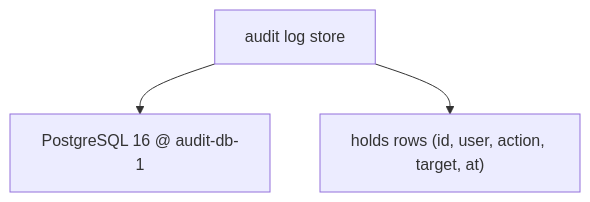
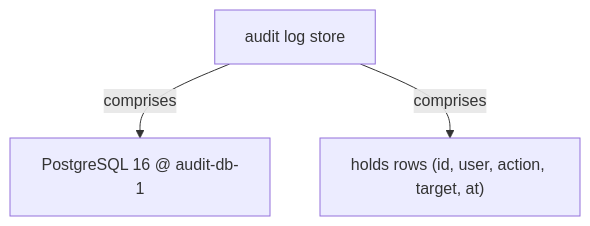
The fifth of 13 diagrams in docs/ch32-audit-logging.md (vinayakuber/microservices-io-study-guide), drawn with Mermaid before and after one commit. The commit also changed other lines of this file and 71 other files, not shown here.

First line of the commit message:
R18: label every diagram arrow with its meaning

````diff
--- a/docs/ch32-audit-logging.md
+++ b/docs/ch32-audit-logging.md
@@ -182,6 +182,6 @@
 ```mermaid
 flowchart TD
   R["audit log store"]
-  R --> P0["PostgreSQL 16 @ audit-db-1"]
-  R --> P1["holds rows (id, user, action, target, at)"]
+  R -->|"comprises"| P0["PostgreSQL 16 @ audit-db-1"]
+  R -->|"comprises"| P1["holds rows (id, user, action, target, at)"]
 ```
````
